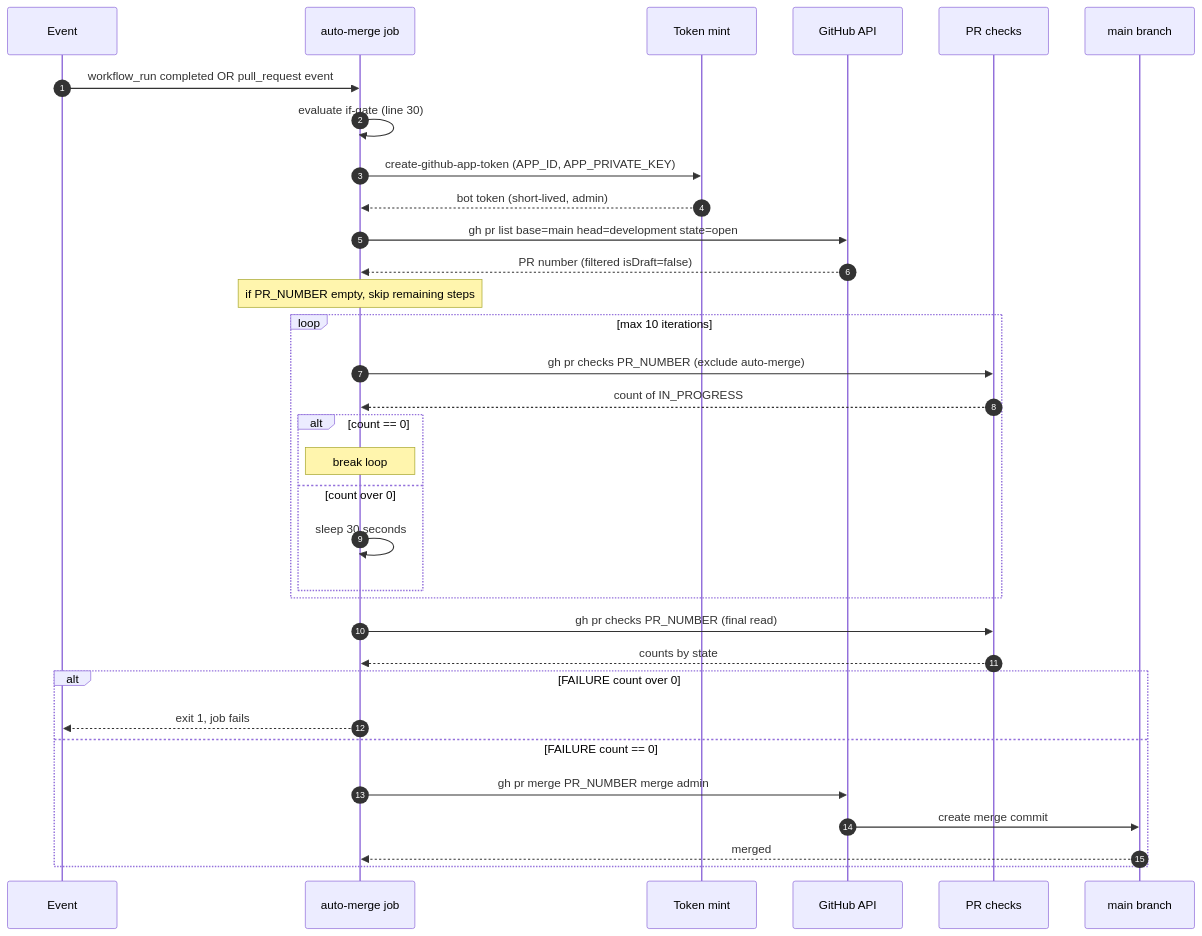
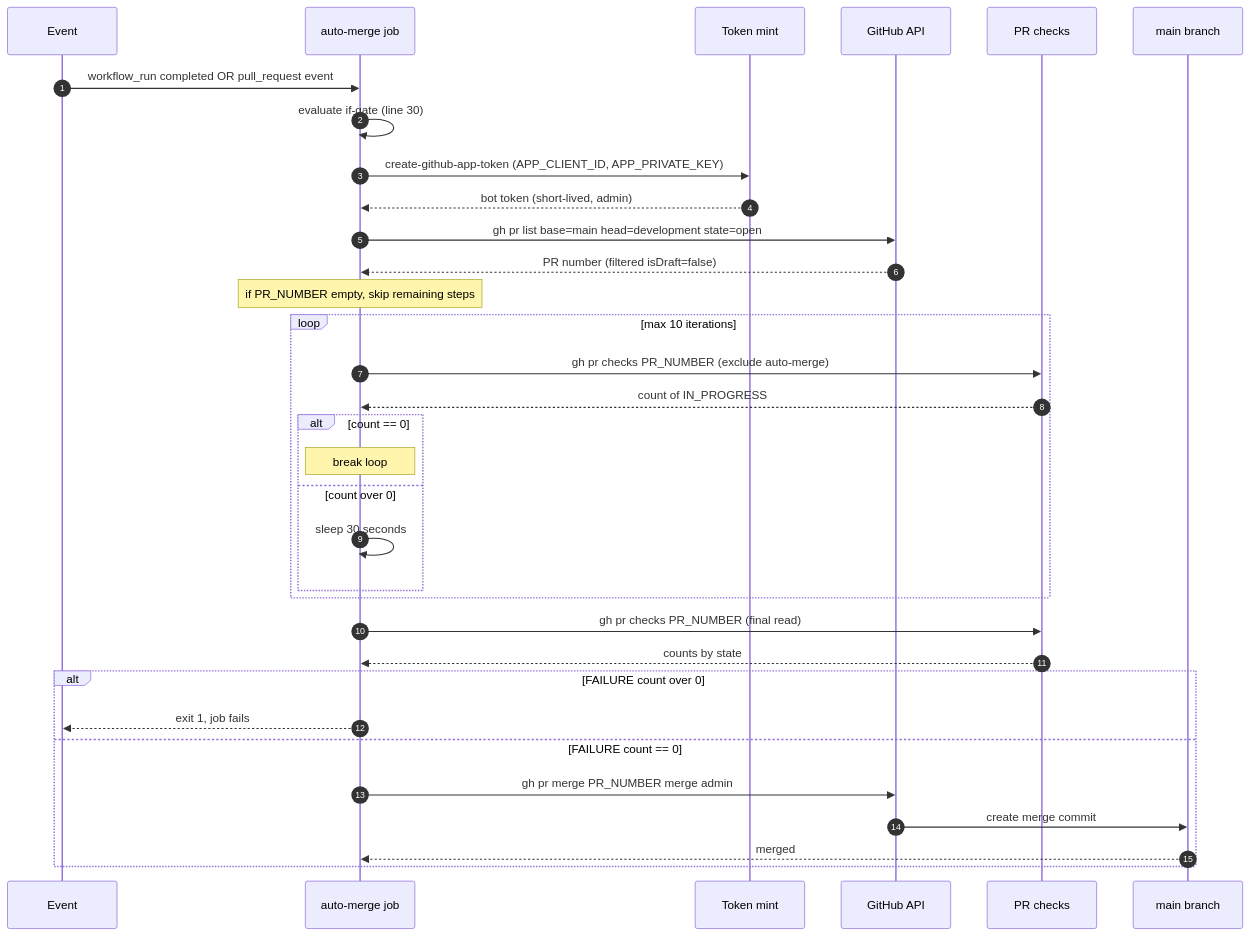
The fifth of 13 diagrams in .github/docs/AUTO_MERGE_MAIN_PR_DEEP_DIVE.md (llm-exe/llm-exe), drawn with Mermaid before and after one commit. The commit also changed other lines of this file and 13 other files, not shown here.

Commit message:
fix: update references from APP_ID to APP_CLIENT_ID in documentation

````diff
--- a/.github/docs/AUTO_MERGE_MAIN_PR_DEEP_DIVE.md
+++ b/.github/docs/AUTO_MERGE_MAIN_PR_DEEP_DIVE.md
@@ -218,36 +218,36 @@
 ```mermaid
 sequenceDiagram
     autonumber
     participant E as Event
     participant J as auto-merge job
     participant T as Token mint
     participant GH as GitHub API
     participant CK as PR checks
     participant M as main branch
 
     E->>J: workflow_run completed OR pull_request event
     J->>J: evaluate if-gate (line 30)
-    J->>T: create-github-app-token (APP_ID, APP_PRIVATE_KEY)
+    J->>T: create-github-app-token (APP_CLIENT_ID, APP_PRIVATE_KEY)
     T-->>J: bot token (short-lived, admin)
     J->>GH: gh pr list base=main head=development state=open
     GH-->>J: PR number (filtered isDraft=false)
     Note over J: if PR_NUMBER empty, skip remaining steps
     loop max 10 iterations
         J->>CK: gh pr checks PR_NUMBER (exclude auto-merge)
         CK-->>J: count of IN_PROGRESS
         alt count == 0
             Note over J: break loop
         else count over 0
             J->>J: sleep 30 seconds
         end
     end
     J->>CK: gh pr checks PR_NUMBER (final read)
     CK-->>J: counts by state
     alt FAILURE count over 0
         J-->>E: exit 1, job fails
     else FAILURE count == 0
         J->>GH: gh pr merge PR_NUMBER merge admin
         GH->>M: create merge commit
         M-->>J: merged
     end
 ```
````
